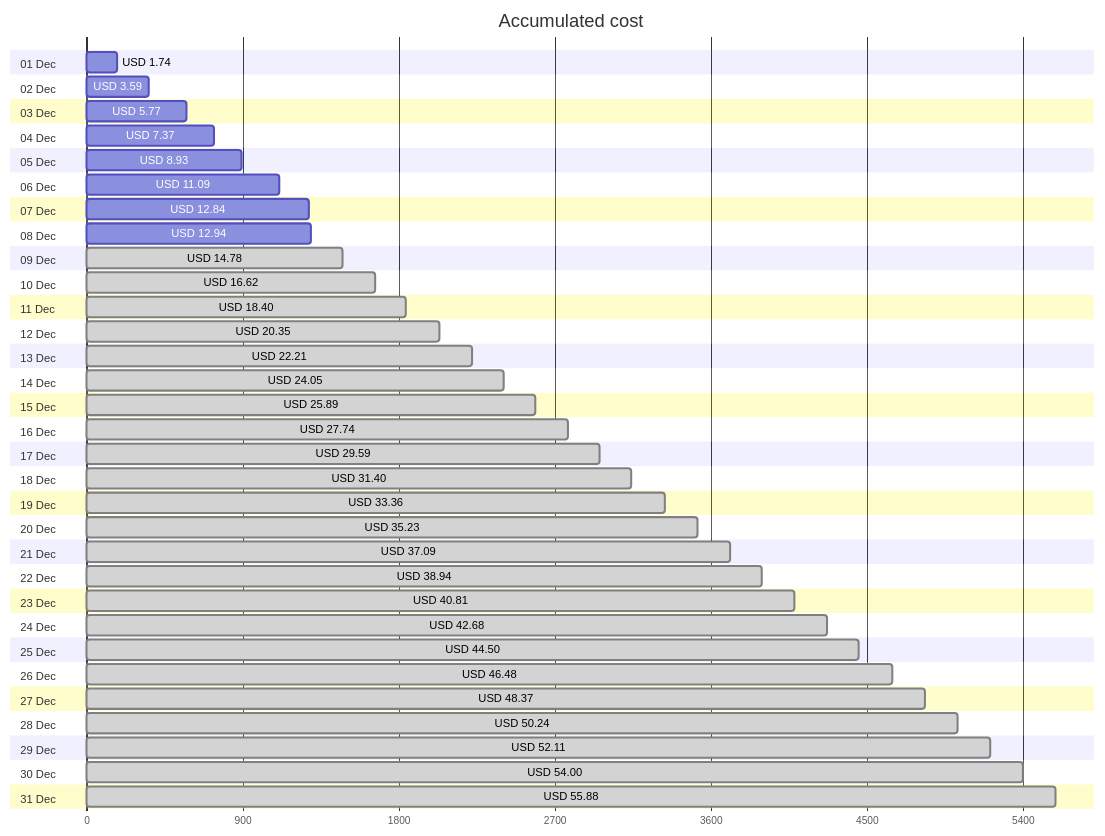
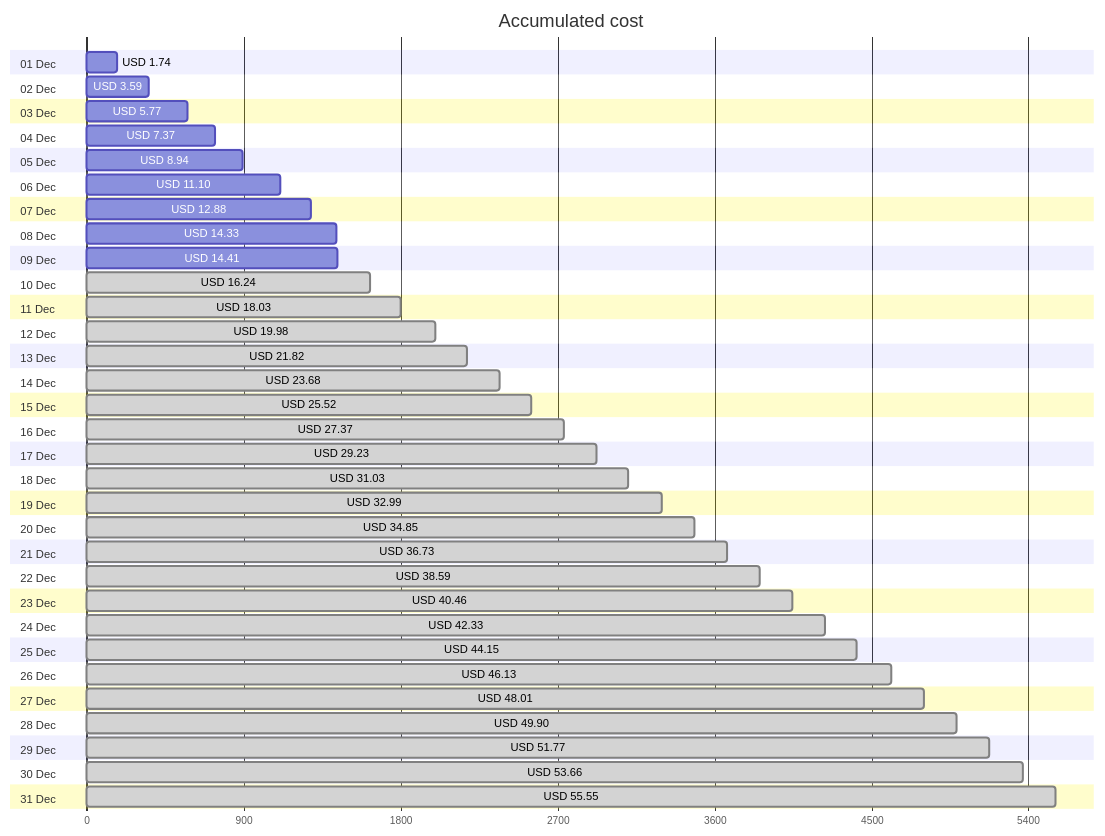
Before and after one commit to jpfulton/azure-personal-reports: the first of 4 diagrams in cost-reports/personal-network/README.md, drawn with Mermaid. The commit also changed other lines of this file and 8 other files, not shown here.

````diff
--- a/cost-reports/personal-network/README.md
+++ b/cost-reports/personal-network/README.md
@@ -20,68 +20,68 @@
 ```mermaid
 gantt
    title Accumulated cost
    dateFormat  X
    axisFormat %s
    section 01 Dec
    USD 1.74 :0, 174
    section 02 Dec
    USD 3.59 :0, 359
    section 03 Dec
    USD 5.77 :0, 577
    section 04 Dec
    USD 7.37 :0, 737
    section 05 Dec
-   USD 8.93 :0, 893
+   USD 8.94 :0, 894
    section 06 Dec
-   USD 11.09 :0, 1109
+   USD 11.10 :0, 1110
    section 07 Dec
-   USD 12.84 :0, 1284
+   USD 12.88 :0, 1288
    section 08 Dec
-   USD 12.94 :0, 1294
+   USD 14.33 :0, 1433
    section 09 Dec
-   USD 14.78 : done, 0, 1478
+   USD 14.41 :0, 1441
    section 10 Dec
-   USD 16.62 : done, 0, 1662
+   USD 16.24 : done, 0, 1624
    section 11 Dec
-   USD 18.40 : done, 0, 1840
+   USD 18.03 : done, 0, 1803
    section 12 Dec
-   USD 20.35 : done, 0, 2035
+   USD 19.98 : done, 0, 1998
    section 13 Dec
-   USD 22.21 : done, 0, 2221
+   USD 21.82 : done, 0, 2182
    section 14 Dec
-   USD 24.05 : done, 0, 2405
+   USD 23.68 : done, 0, 2368
    section 15 Dec
-   USD 25.89 : done, 0, 2589
+   USD 25.52 : done, 0, 2552
    section 16 Dec
-   USD 27.74 : done, 0, 2774
+   USD 27.37 : done, 0, 2737
    section 17 Dec
-   USD 29.59 : done, 0, 2959
+   USD 29.23 : done, 0, 2923
    section 18 Dec
-   USD 31.40 : done, 0, 3140
+   USD 31.03 : done, 0, 3103
    section 19 Dec
-   USD 33.36 : done, 0, 3336
+   USD 32.99 : done, 0, 3299
    section 20 Dec
-   USD 35.23 : done, 0, 3523
+   USD 34.85 : done, 0, 3485
    section 21 Dec
-   USD 37.09 : done, 0, 3709
+   USD 36.73 : done, 0, 3673
    section 22 Dec
-   USD 38.94 : done, 0, 3894
+   USD 38.59 : done, 0, 3859
    section 23 Dec
-   USD 40.81 : done, 0, 4081
+   USD 40.46 : done, 0, 4046
    section 24 Dec
-   USD 42.68 : done, 0, 4268
+   USD 42.33 : done, 0, 4233
    section 25 Dec
-   USD 44.50 : done, 0, 4450
+   USD 44.15 : done, 0, 4415
    section 26 Dec
-   USD 46.48 : done, 0, 4648
+   USD 46.13 : done, 0, 4613
    section 27 Dec
-   USD 48.37 : done, 0, 4837
+   USD 48.01 : done, 0, 4801
    section 28 Dec
-   USD 50.24 : done, 0, 5024
+   USD 49.90 : done, 0, 4990
    section 29 Dec
-   USD 52.11 : done, 0, 5211
+   USD 51.77 : done, 0, 5177
    section 30 Dec
-   USD 54.00 : done, 0, 5400
+   USD 53.66 : done, 0, 5366
    section 31 Dec
-   USD 55.88 : done, 0, 5588
+   USD 55.55 : done, 0, 5555
 ```
````
